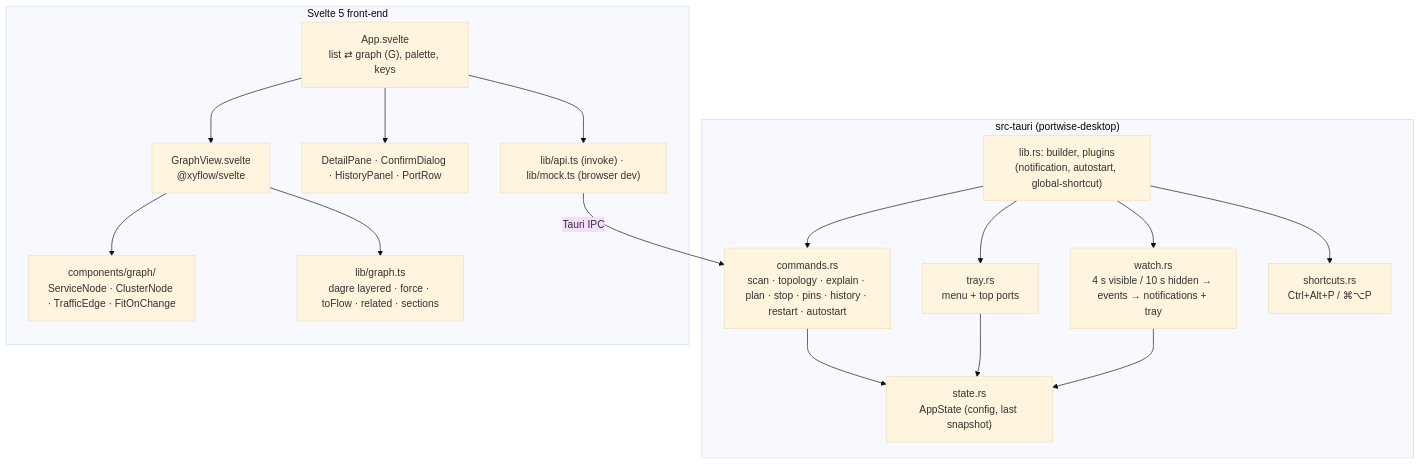
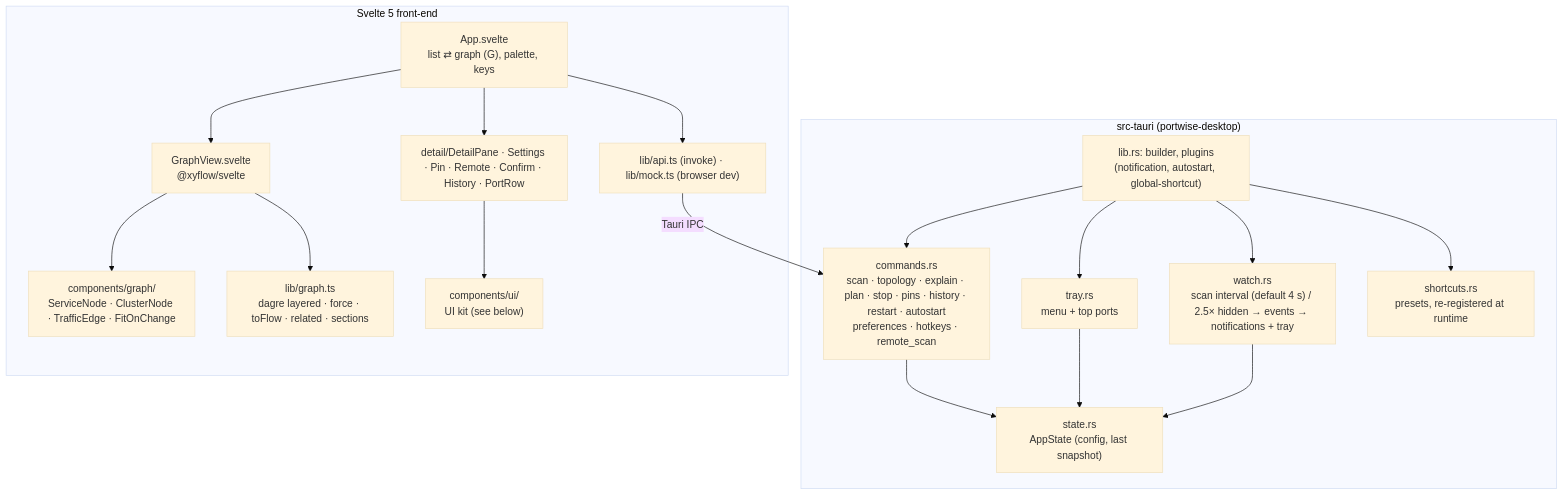
Before and after one commit to santoshshinde2012/holdmap: the sixth of 6 diagrams in docs/ARCHITECTURE.md, drawn with Mermaid (base theme). The commit also changed other lines of this file and 49 other files, not shown here.

Commit message:
docs: desktop UI kit architecture, changelog, before/after UI screenshots

````diff
--- a/docs/ARCHITECTURE.md
+++ b/docs/ARCHITECTURE.md
@@ -142,26 +142,27 @@
 ```mermaid
 flowchart TB
   subgraph Rust["src-tauri (portwise-desktop)"]
     LIB["lib.rs: builder, plugins<br/>(notification, autostart, global-shortcut)"]
-    CMD["commands.rs<br/>scan · topology · explain · plan · stop · pins · history · restart · autostart"]
+    CMD["commands.rs<br/>scan · topology · explain · plan · stop · pins · history · restart · autostart<br/>preferences · hotkeys · remote_scan"]
     ST["state.rs<br/>AppState (config, last snapshot)"]
     TR["tray.rs<br/>menu + top ports"]
-    W["watch.rs<br/>4 s visible / 10 s hidden → events → notifications + tray"]
-    SC["shortcuts.rs<br/>Ctrl+Alt+P / ⌘⌥P"]
+    W["watch.rs<br/>scan interval (default 4 s) / 2.5× hidden → events → notifications + tray"]
+    SC["shortcuts.rs<br/>presets, re-registered at runtime"]
     LIB --> CMD & TR & W & SC
     CMD & TR & W --> ST
   end
   subgraph UI["Svelte 5 front-end"]
     APP["App.svelte<br/>list ⇄ graph (G), palette, keys"]
     GV["GraphView.svelte<br/>@xyflow/svelte"]
     NODES["components/graph/<br/>ServiceNode · ClusterNode · TrafficEdge · FitOnChange"]
     LG["lib/graph.ts<br/>dagre layered · force · toFlow · related · sections"]
-    OTHER["DetailPane · ConfirmDialog · HistoryPanel · PortRow"]
+    OTHER["detail/DetailPane · Settings · Pin · Remote · Confirm · History · PortRow"]
+    KIT["components/ui/<br/>UI kit (see below)"]
     API["lib/api.ts (invoke) · lib/mock.ts (browser dev)"]
     APP --> GV --> NODES
     GV --> LG
-    APP --> OTHER
+    APP --> OTHER --> KIT
     APP --> API
   end
   API -- "Tauri IPC" --> CMD
 ```
````
